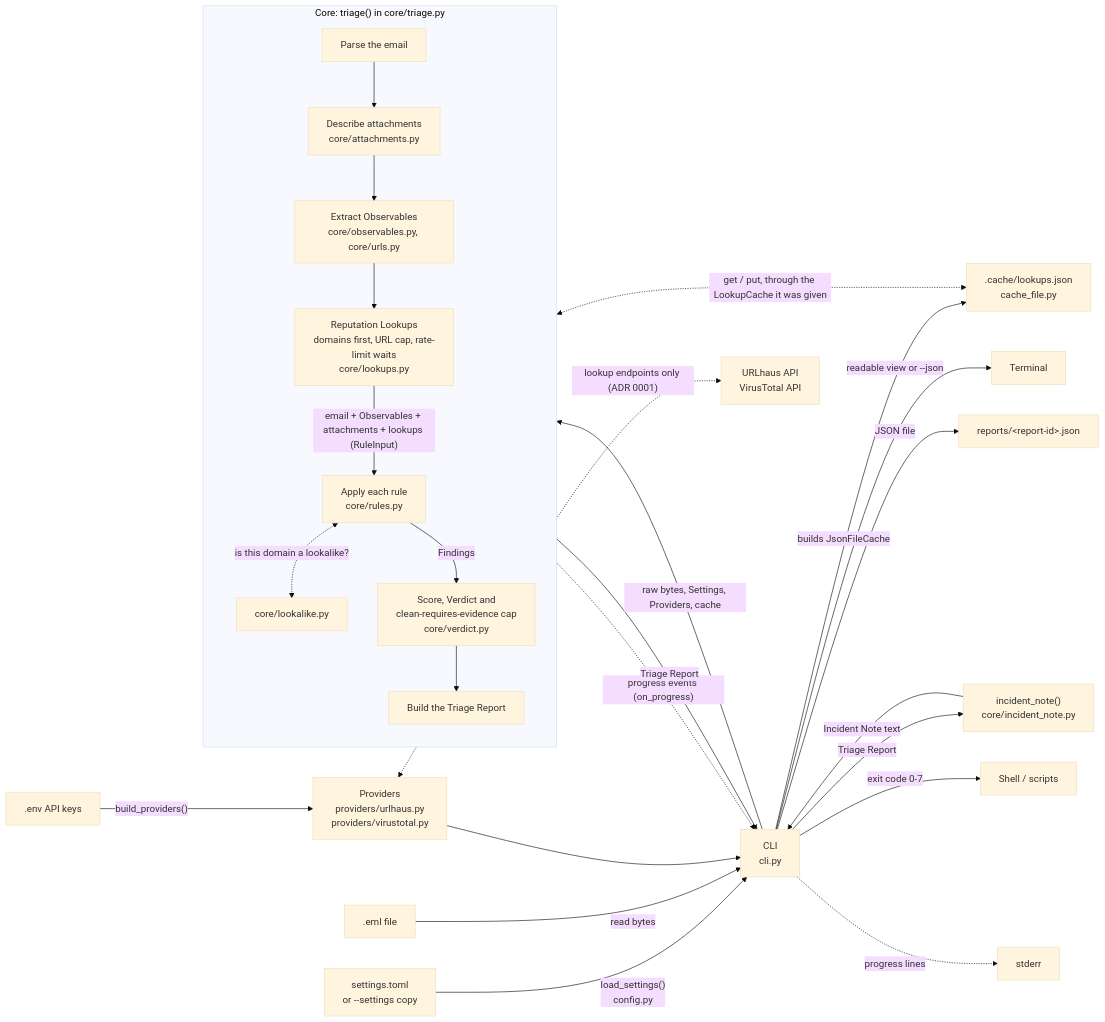
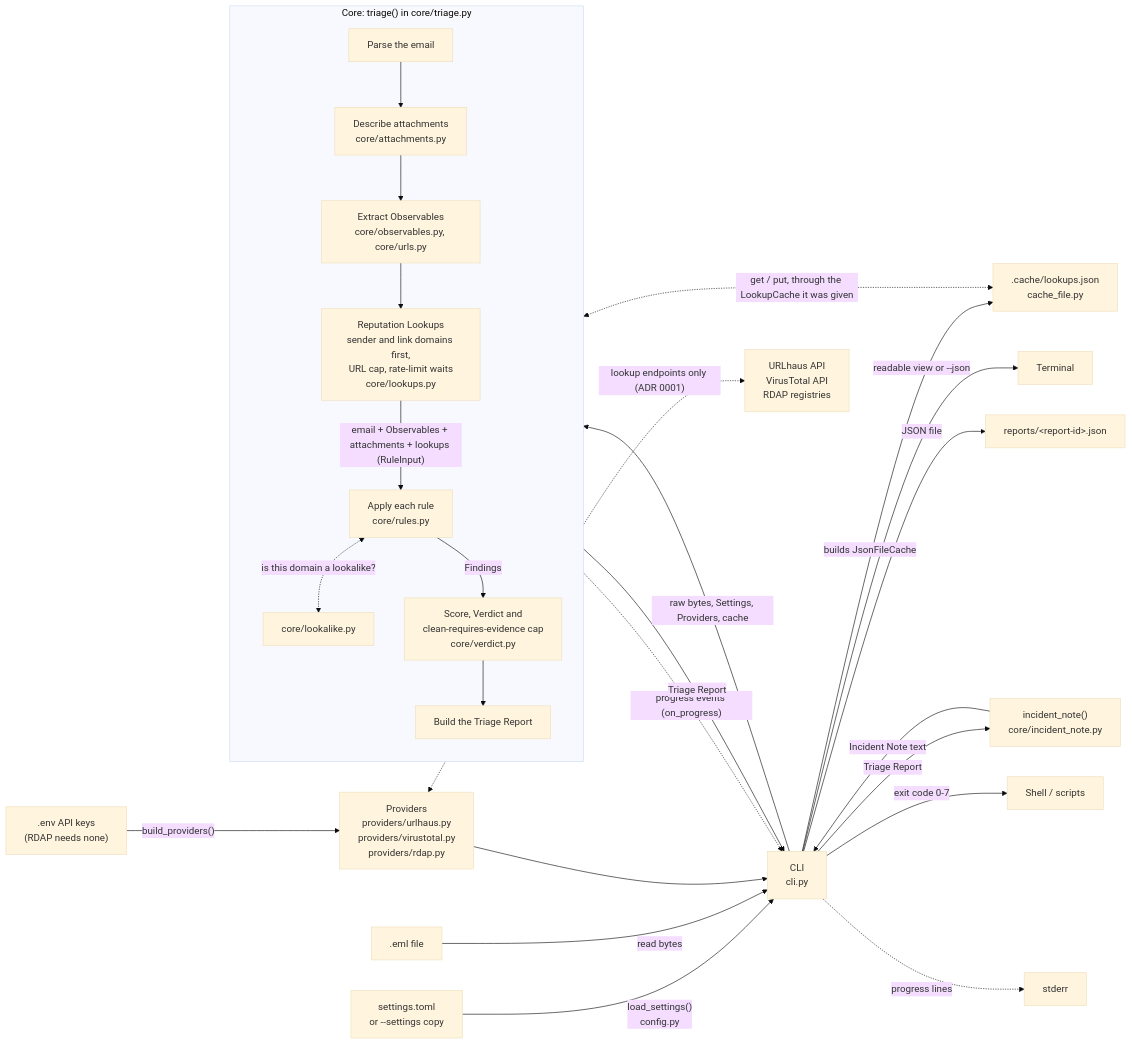
Before and after one commit to GiacomoBarry/phishing-triage: the diagram in docs/ARCHITECTURE.md, drawn with Mermaid (base theme). The commit also changed other lines of this file and 28 other files, not shown here.

````diff
--- a/docs/ARCHITECTURE.md
+++ b/docs/ARCHITECTURE.md
@@ -17,31 +17,31 @@
 ```mermaid
 flowchart LR
     toml["settings.toml<br/>or --settings copy"] -->|"load_settings()<br/>config.py"| cli
     file[".eml file"] -->|read bytes| cli["CLI<br/>cli.py"]
-    env[".env API keys"] -->|"build_providers()"| providers["Providers<br/>providers/urlhaus.py<br/>providers/virustotal.py"]
+    env[".env API keys<br/>(RDAP needs none)"] -->|"build_providers()"| providers["Providers<br/>providers/urlhaus.py<br/>providers/virustotal.py<br/>providers/rdap.py"]
     providers --> cli
-    providers <-.->|"lookup endpoints only (ADR 0001)"| internet["URLhaus API<br/>VirusTotal API"]
+    providers <-.->|"lookup endpoints only (ADR 0001)"| internet["URLhaus API<br/>VirusTotal API<br/>RDAP registries"]
     cli -->|"raw bytes, Settings, Providers, cache"| core
     cli -->|"builds JsonFileCache"| cachefile[".cache/lookups.json<br/>cache_file.py"]
     lookups <-.->|"get / put, through the LookupCache it was given"| cachefile
 
     subgraph core["Core: triage() in core/triage.py"]
         direction TB
         parse["Parse the email"] --> attach["Describe attachments<br/>core/attachments.py"]
         attach --> extract["Extract Observables<br/>core/observables.py, core/urls.py"]
-        extract --> lookups["Reputation Lookups<br/>domains first, URL cap, rate-limit waits<br/>core/lookups.py"]
+        extract --> lookups["Reputation Lookups<br/>sender and link domains first,<br/>URL cap, rate-limit waits<br/>core/lookups.py"]
         lookups -->|"email + Observables + attachments + lookups (RuleInput)"| rules["Apply each rule<br/>core/rules.py"]
         rules <-.->|"is this domain a lookalike?"| lookalike["core/lookalike.py"]
         rules -->|Findings| verdict["Score, Verdict and<br/>clean-requires-evidence cap<br/>core/verdict.py"]
         verdict --> build["Build the Triage Report"]
     end
 
     core -->|Triage Report| cli
     cli -->|Triage Report| note["incident_note()<br/>core/incident_note.py"]
     note -->|Incident Note text| cli
     cli -->|readable view or --json| terminal["Terminal"]
     cli -->|JSON file| reports["reports/&lt;report-id&gt;.json"]
     cli -->|exit code 0-7| shell["Shell / scripts"]
     lookups -.->|"progress events (on_progress)"| cli
     cli -.->|progress lines| stderr["stderr"]
 ```
````
